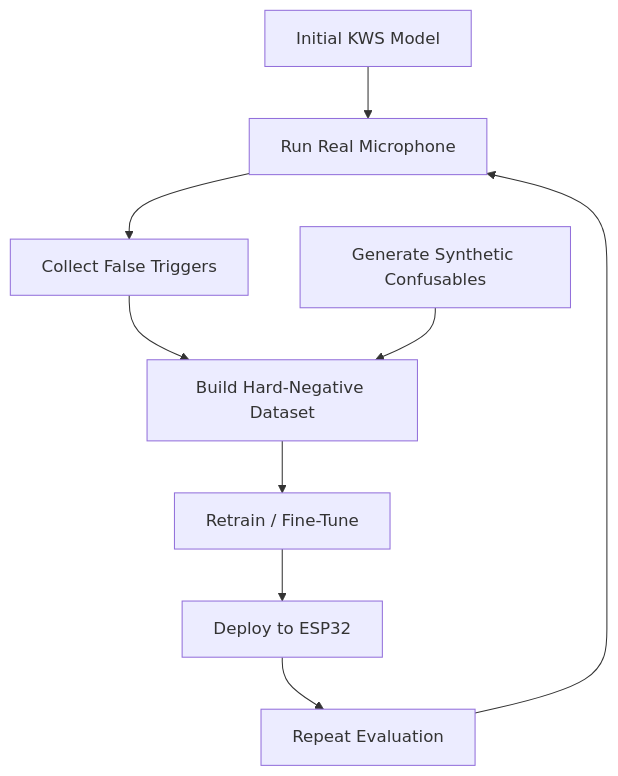
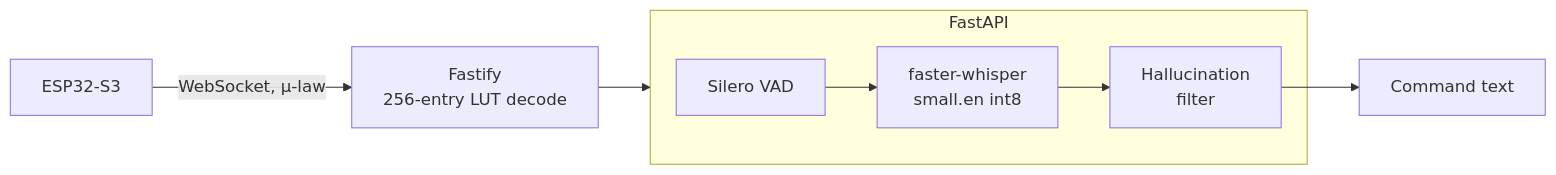
Before and after one commit to Raj24-dev/Kws: the ninth of 12 diagrams in README.md, drawn with Mermaid. The commit also changed other lines of this file, not shown here.

````diff
--- a/README.md
+++ b/README.md
@@ -986,21 +187,8 @@
 ```mermaid
-flowchart TD
-
-    A["Initial KWS Model"]
-    B["Run Real Microphone"]
-    C["Collect False Triggers"]
-    D["Generate Synthetic Confusables"]
-    E["Build Hard-Negative Dataset"]
-    F["Retrain / Fine-Tune"]
-    G["Deploy to ESP32"]
-    H["Repeat Evaluation"]
-
-    A --> B
-    B --> C
-    C --> E
-    D --> E
-    E --> F
-    F --> G
-    G --> H
-    H --> B
+flowchart LR
+    A["ESP32-S3"] -->|"WebSocket, μ-law"| B["Fastify<br/>256-entry LUT decode"] --> C["FastAPI"]
+    subgraph C["FastAPI"]
+        D["Silero VAD"] --> E["faster-whisper<br/>small.en int8"] --> F["Hallucination<br/>filter"]
+    end
+    F --> G["Command text"]
 ```
````
